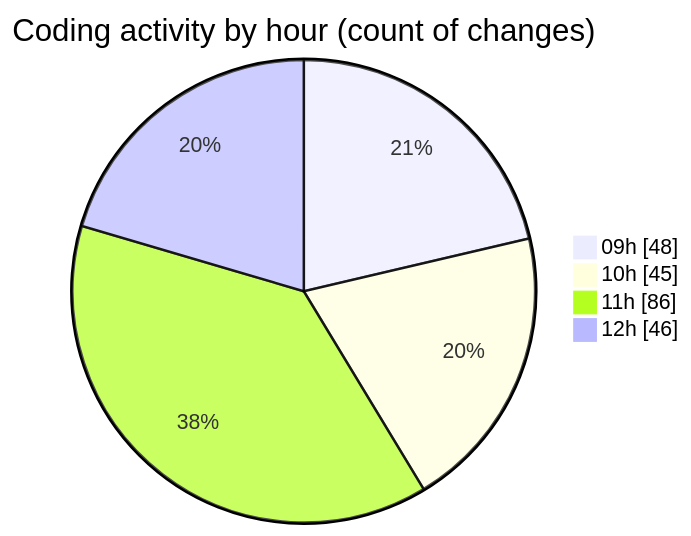
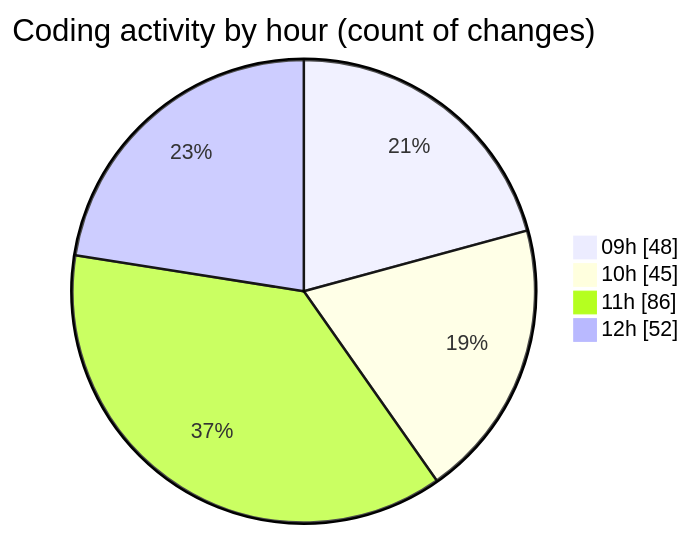
One commit to momahboobian/code-tracking changed the second of 2 diagrams in 2025-03-14/cda/README.md. Above: the diagram before and after it, drawn with Mermaid. The commit also changed other lines of this file and 1 other file, not shown here.

````diff
--- a/2025-03-14/cda/README.md
+++ b/2025-03-14/cda/README.md
@@ -45,8 +45,8 @@
 ```mermaid
 pie showData
 title Coding activity by hour (count of changes)
 "09h" : 48
 "10h" : 45
 "11h" : 86
-"12h" : 46
+"12h" : 52
 ```
````
